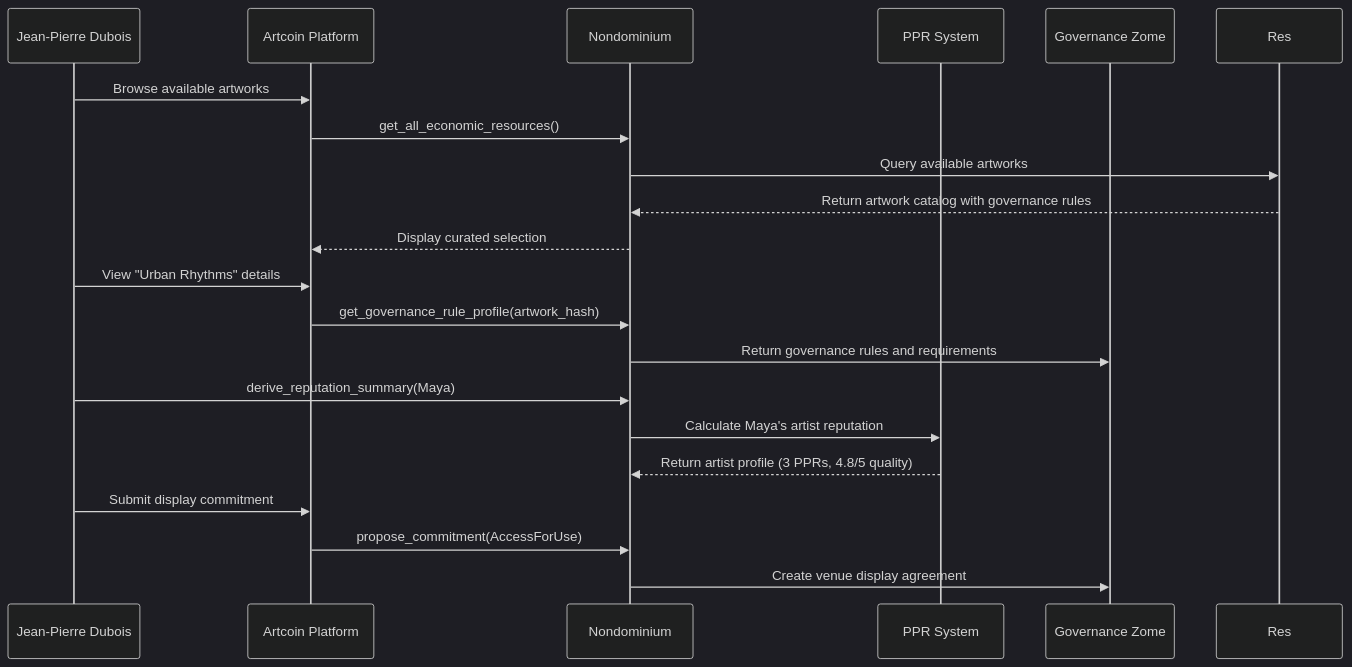
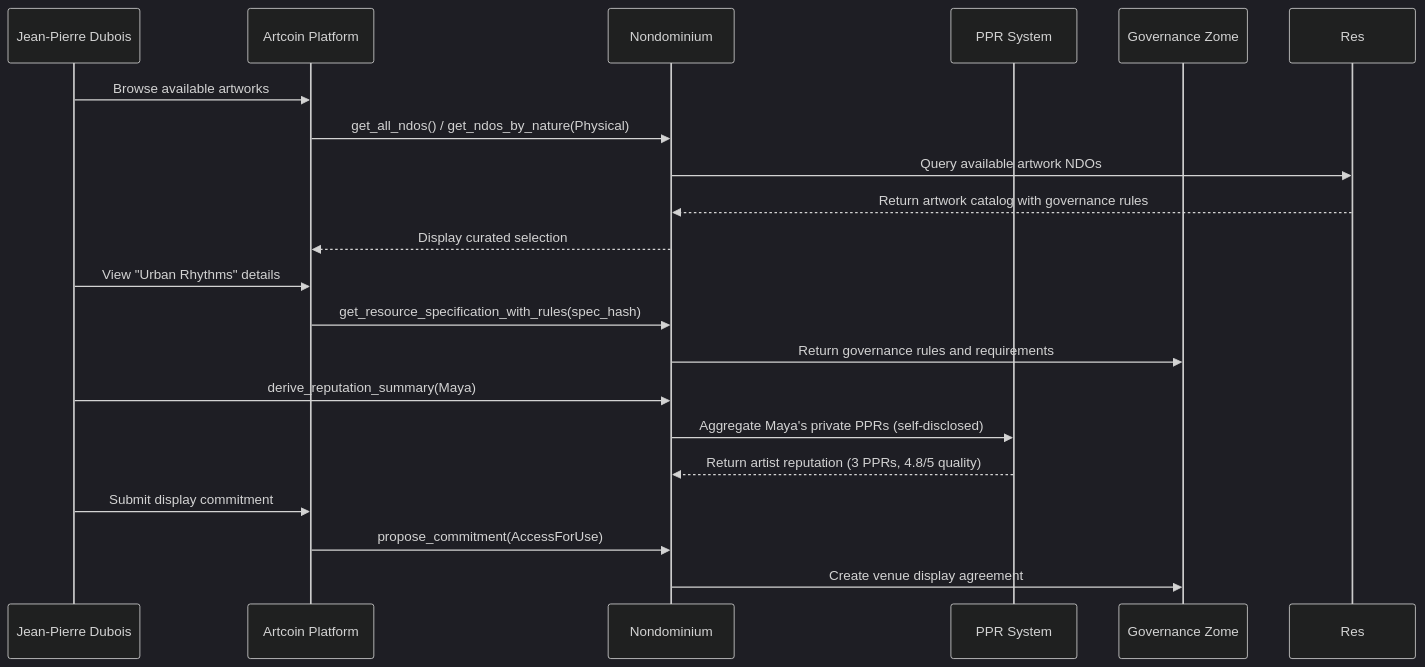
One commit to Sensorica/nondominium changed the fourth of 12 diagrams in documentation/Applications/user-story/user-story-artcoin.md. Above: the diagram before and after it, drawn with Mermaid (dark theme). The commit also changed other lines of this file and 99 other files, not shown here.

````diff
--- a/documentation/Applications/user-story/user-story-artcoin.md
+++ b/documentation/Applications/user-story/user-story-artcoin.md
@@ -136,26 +177,26 @@
 ```mermaid
 sequenceDiagram
     participant JeanPierre as Jean-Pierre Dubois
     participant Artcoin as Artcoin Platform
     participant ND as Nondominium
     participant PPR as PPR System
     participant Gov as Governance Zome
 
     JeanPierre->>Artcoin: Browse available artworks
-    Artcoin->>ND: get_all_economic_resources()
-    ND->>Res: Query available artworks
+    Artcoin->>ND: get_all_ndos() / get_ndos_by_nature(Physical)
+    ND->>Res: Query available artwork NDOs
     Res-->>ND: Return artwork catalog with governance rules
     ND-->>Artcoin: Display curated selection
 
     JeanPierre->>Artcoin: View "Urban Rhythms" details
-    Artcoin->>ND: get_governance_rule_profile(artwork_hash)
+    Artcoin->>ND: get_resource_specification_with_rules(spec_hash)
     ND->>Gov: Return governance rules and requirements
 
     JeanPierre->>ND: derive_reputation_summary(Maya)
-    ND->>PPR: Calculate Maya's artist reputation
-    PPR-->>ND: Return artist profile (3 PPRs, 4.8/5 quality)
+    ND->>PPR: Aggregate Maya's private PPRs (self-disclosed)
+    PPR-->>ND: Return artist reputation (3 PPRs, 4.8/5 quality)
 
     JeanPierre->>Artcoin: Submit display commitment
     Artcoin->>ND: propose_commitment(AccessForUse)
     ND->>Gov: Create venue display agreement
 ```
````
